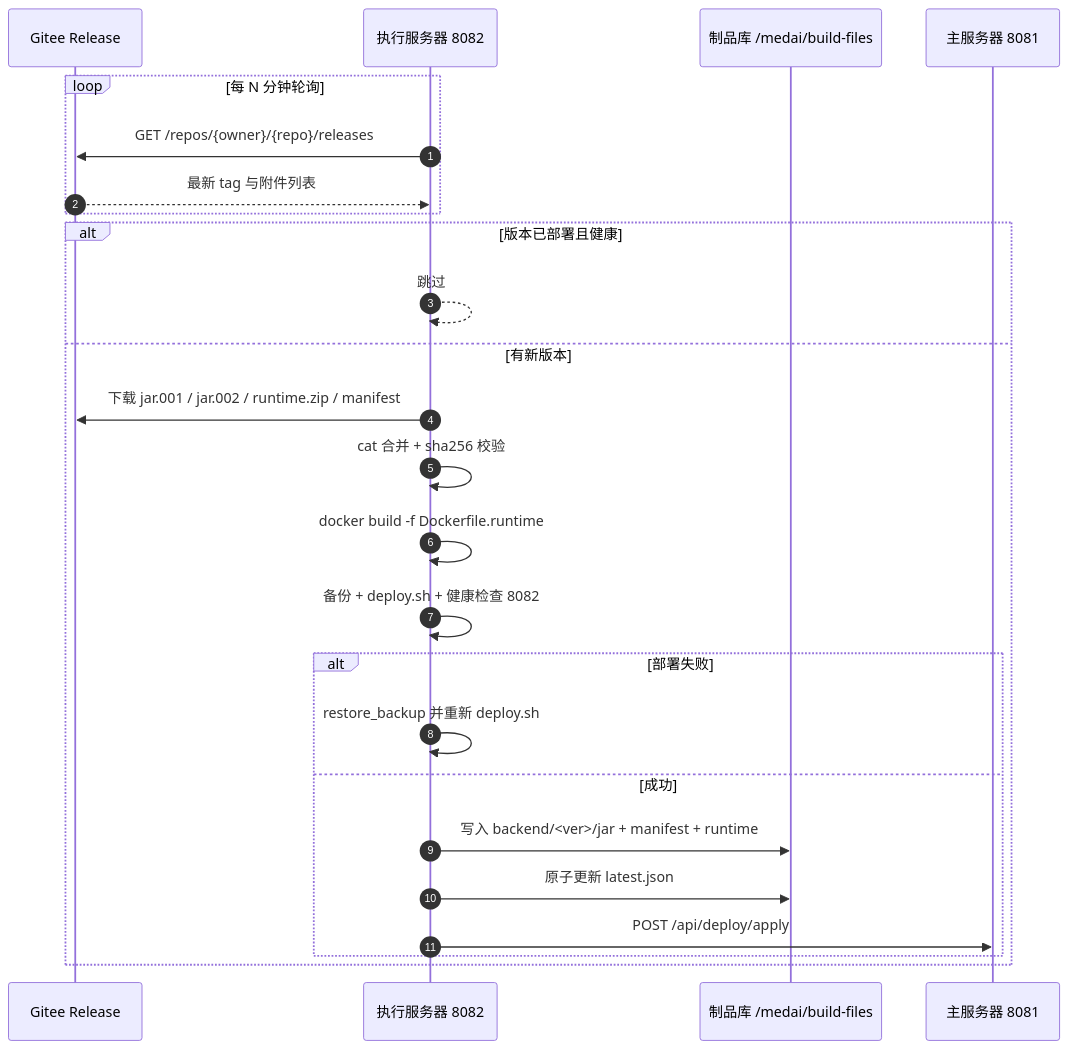
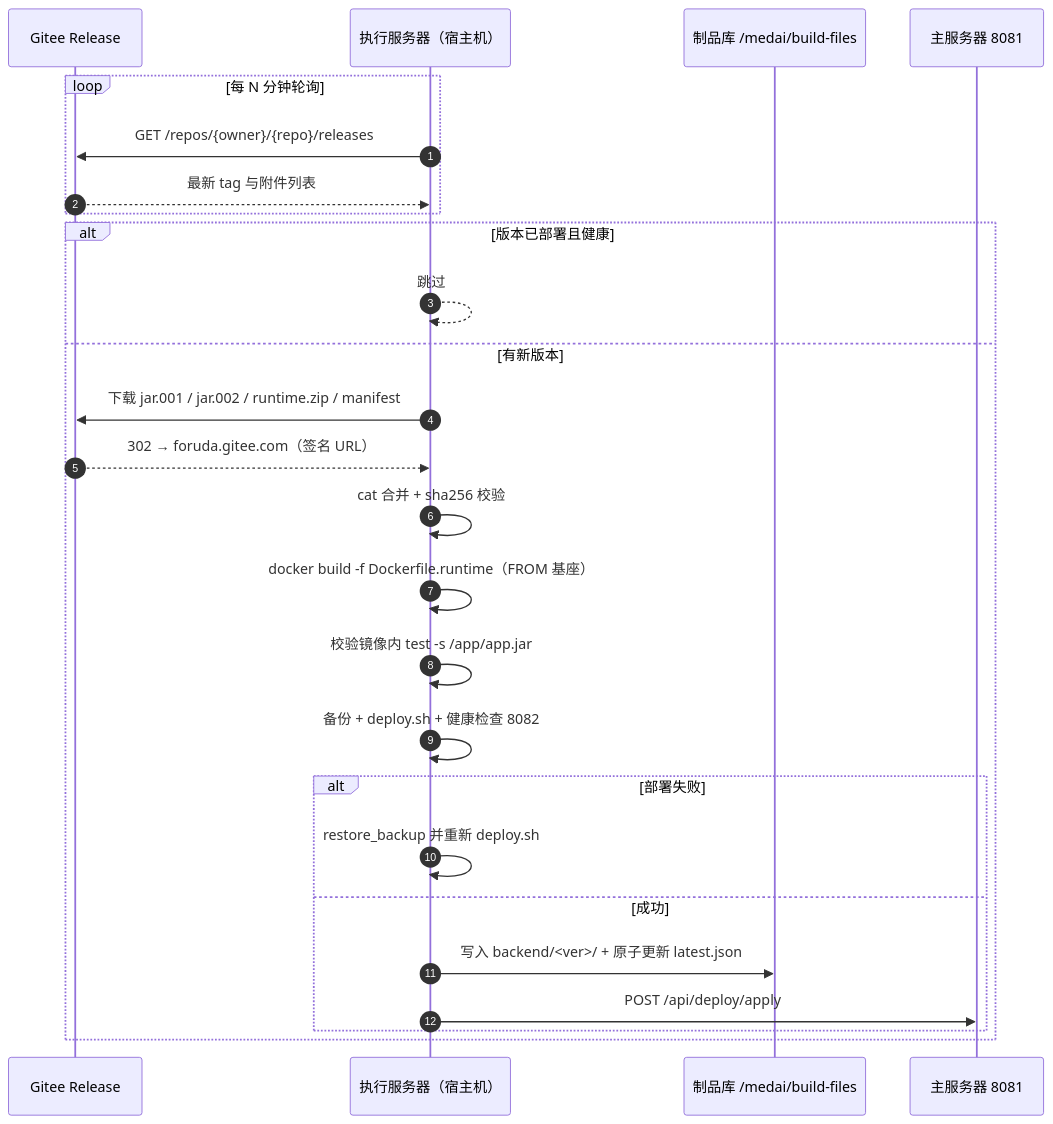
The fourth of 5 diagrams in doc/部署流程/自动部署链路改造设计-20261104.md (liuzh2008/med_ai_assistant_workspace), drawn with Mermaid before and after one commit. The commit also changed other lines of this file, not shown here.

````diff
--- a/doc/部署流程/自动部署链路改造设计-20261104.md
+++ b/doc/部署流程/自动部署链路改造设计-20261104.md
@@ -126,27 +163,28 @@
 ```mermaid
 sequenceDiagram
     autonumber
     participant G as Gitee Release
-    participant E as 执行服务器 8082
+    participant E as 执行服务器（宿主机）
     participant B as 制品库 /medai/build-files
-    participant C as 主服务器 8081
+    participant M as 主服务器 8081
     loop 每 N 分钟轮询
         E->>G: GET /repos/{owner}/{repo}/releases
         G-->>E: 最新 tag 与附件列表
     end
     alt 版本已部署且健康
         E-->>E: 跳过
     else 有新版本
         E->>G: 下载 jar.001 / jar.002 / runtime.zip / manifest
+        G-->>E: 302 → foruda.gitee.com（签名 URL）
         E->>E: cat 合并 + sha256 校验
-        E->>E: docker build -f Dockerfile.runtime
+        E->>E: docker build -f Dockerfile.runtime（FROM 基座）
+        E->>E: 校验镜像内 test -s /app/app.jar
         E->>E: 备份 + deploy.sh + 健康检查 8082
         alt 部署失败
             E->>E: restore_backup 并重新 deploy.sh
         else 成功
-            E->>B: 写入 backend/<ver>/jar + manifest + runtime
-            E->>B: 原子更新 latest.json
-            E->>C: POST /api/deploy/apply
+            E->>B: 写入 backend/<ver>/ + 原子更新 latest.json
+            E->>M: POST /api/deploy/apply
         end
     end
 ```
````
